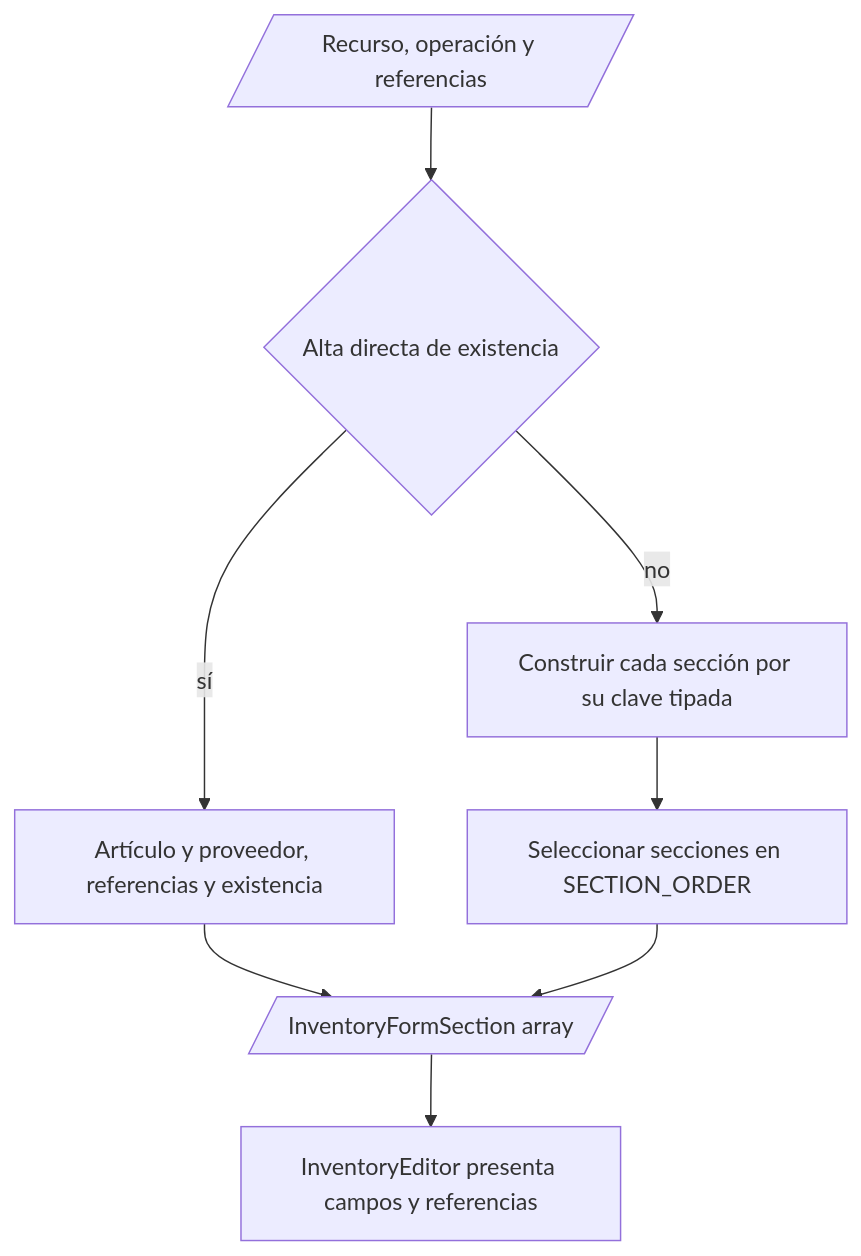
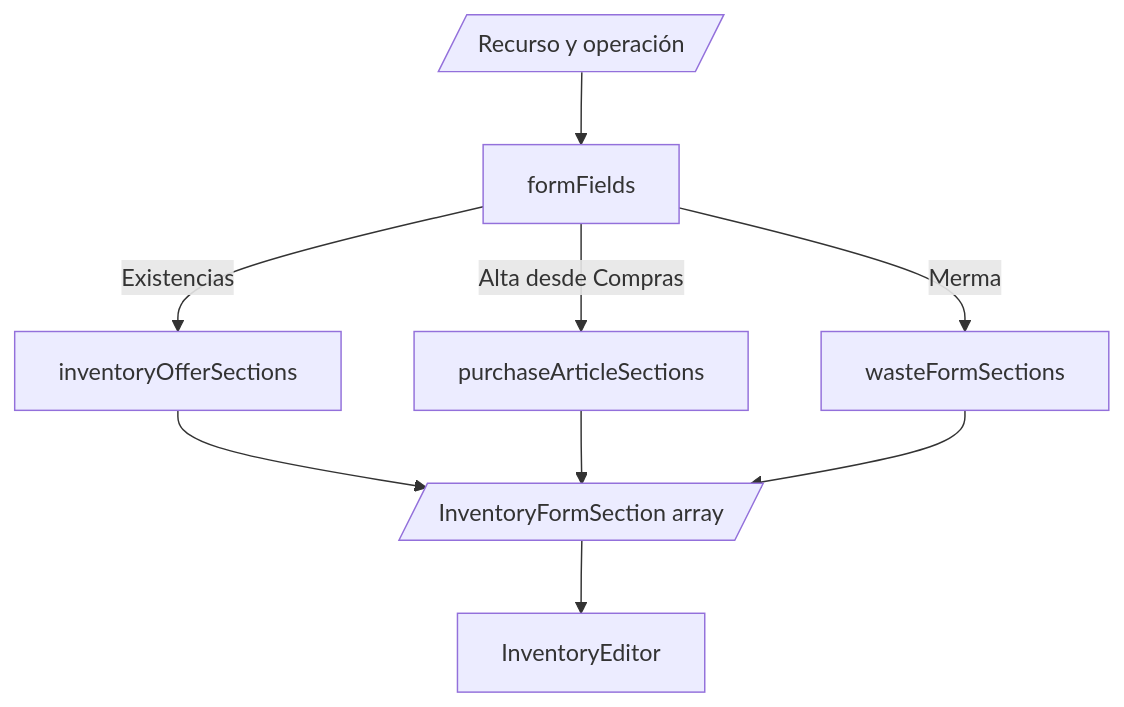
One commit to gpgsistemas01/nexus changed the fifth of 5 diagrams in front/docs/architecture/views/development/design-and-construction-patterns/07-schema-factories.md. Above: the diagram before and after it, drawn with Mermaid. The commit also changed other lines of this file and 119 other files, not shown here.

First line of the commit message:
feat: refine warehouse inventory and article filters

````diff
--- a/front/docs/architecture/views/development/design-and-construction-patterns/07-schema-factories.md
+++ b/front/docs/architecture/views/development/design-and-construction-patterns/07-schema-factories.md
@@ -133,10 +133,11 @@
 ```mermaid
 flowchart TB
-    context[/Recurso, operación y referencias/] --> mode{Alta directa de existencia}
-    mode -->|sí| offer[Artículo y proveedor, referencias y existencia]
-    mode -->|no| registry[Construir cada sección por su clave tipada]
-    registry --> order[Seleccionar secciones en SECTION_ORDER]
-    offer --> schema[/InventoryFormSection array/]
-    order --> schema
-    schema --> view[InventoryEditor presenta campos y referencias]
+    context[/Recurso y operación/] --> schema[formFields]
+    schema -->|Existencias| offer[inventoryOfferSections]
+    schema -->|Alta desde Compras| purchase[purchaseArticleSections]
+    schema -->|Merma| waste[wasteFormSections]
+    offer --> sections[/InventoryFormSection array/]
+    purchase --> sections
+    waste --> sections
+    sections --> view[InventoryEditor]
 ```
````
